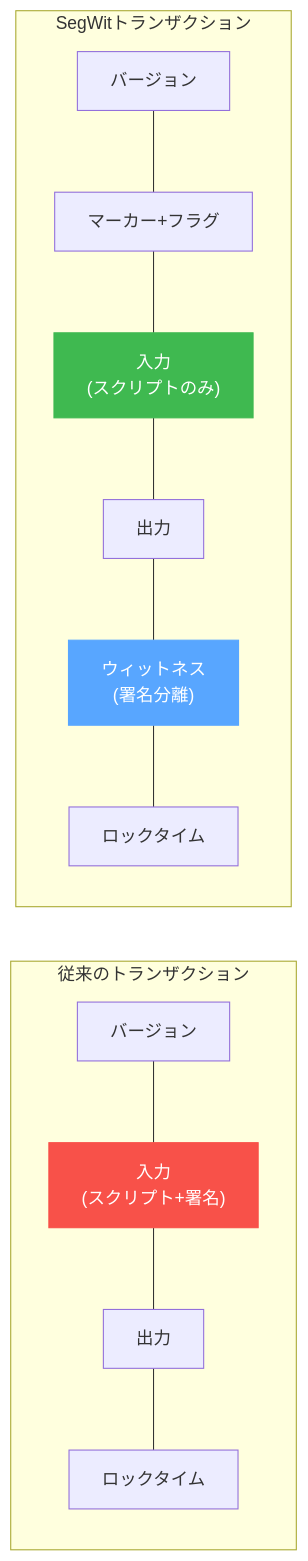
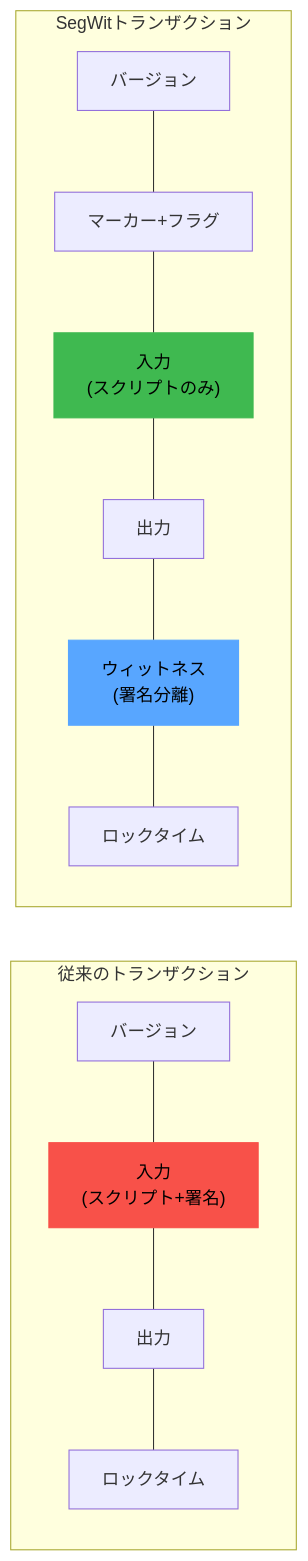
The diagram in content/ja/ideas/segwit.md (bc1qwerty/learn.txid.uk), drawn with Mermaid before and after one commit. The commit also changed 50 other files, not shown here.

First line of the commit message:
Mermaid 다이어그램 텍스트 대비 개선: color:#fff → color:#000

```diff
--- a/content/ja/ideas/segwit.md
+++ b/content/ja/ideas/segwit.md
@@ -12,12 +12,12 @@
 {{< mermaid >}}
 graph LR
     subgraph "従来のトランザクション"
         A1["バージョン"] --- A2["入力<br/>(スクリプト+署名)"] --- A3["出力"] --- A4["ロックタイム"]
     end
     subgraph "SegWitトランザクション"
         B1["バージョン"] --- B2["マーカー+フラグ"] --- B3["入力<br/>(スクリプトのみ)"] --- B4["出力"] --- B5["ウィットネス<br/>(署名分離)"] --- B6["ロックタイム"]
     end
-    style A2 fill:#f85149,stroke:#f85149,color:#fff
-    style B3 fill:#3fb950,stroke:#3fb950,color:#fff
-    style B5 fill:#58a6ff,stroke:#58a6ff,color:#fff
+    style A2 fill:#f85149,stroke:#f85149,color:#000
+    style B3 fill:#3fb950,stroke:#3fb950,color:#000
+    style B5 fill:#58a6ff,stroke:#58a6ff,color:#000
 {{< /mermaid >}}
```
